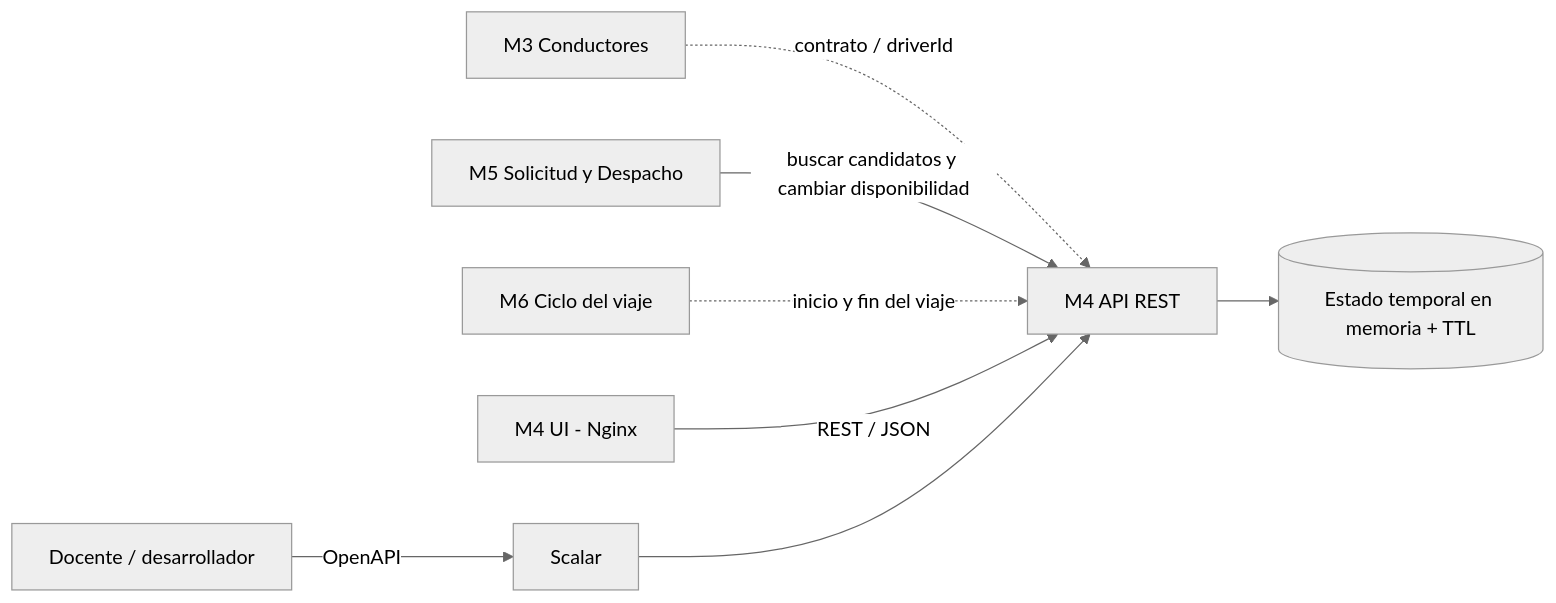
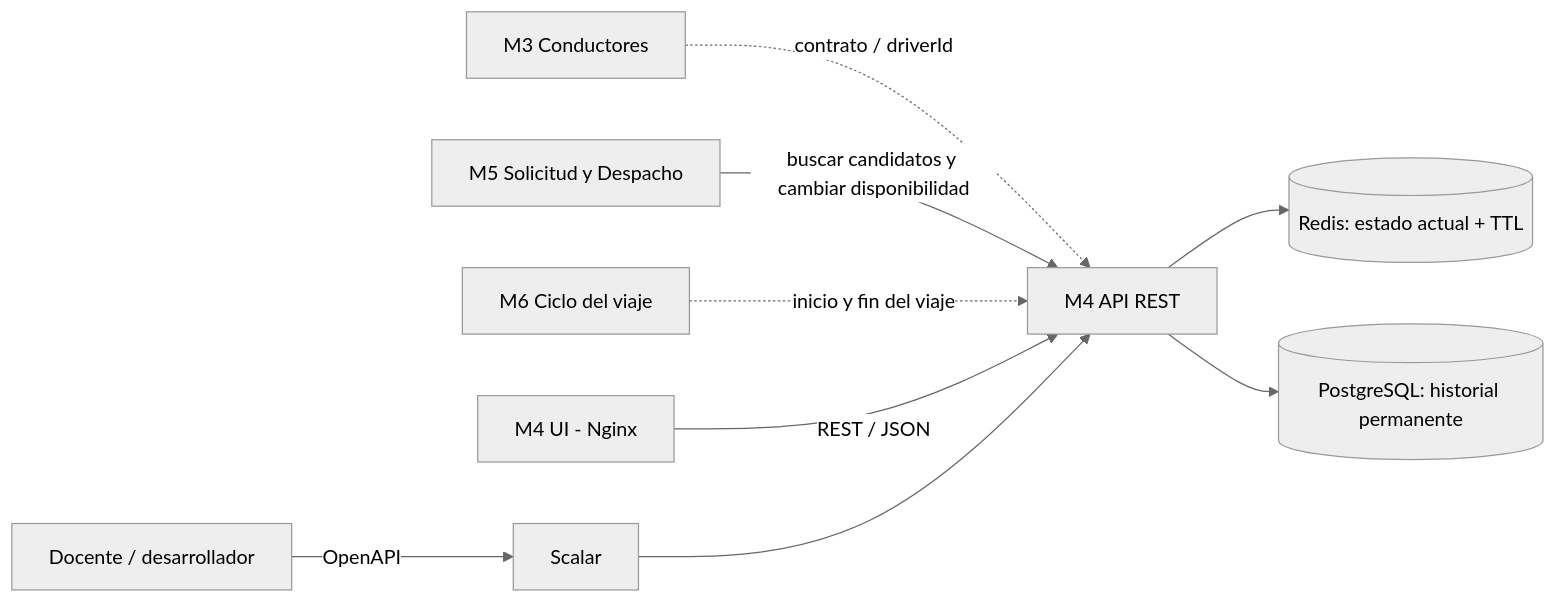
One commit to cuencadelplata/p3-ae1-2026 changed the first of 2 diagrams in modulo-4/docs/arquitectura.md. Above: the diagram before and after it, drawn with Mermaid (neutral theme). The commit also changed other lines of this file and 2 other files, not shown here.

Commit message:
Explicar uso de PostgreSQL

````diff
--- a/modulo-4/docs/arquitectura.md
+++ b/modulo-4/docs/arquitectura.md
@@ -5,10 +5,11 @@
 ```mermaid
 flowchart LR
   M3[M3 Conductores] -. contrato / driverId .-> API
   M5[M5 Solicitud y Despacho] -->|buscar candidatos y cambiar disponibilidad| API[M4 API REST]
   M6[M6 Ciclo del viaje] -. inicio y fin del viaje .-> API
   UI[M4 UI - Nginx] -->|REST / JSON| API
-  API --> MEM[(Estado temporal en memoria + TTL)]
+  API --> REDIS[(Redis: estado actual + TTL)]
+  API --> POSTGRES[(PostgreSQL: historial permanente)]
   DEV[Docente / desarrollador] -->|OpenAPI| SCALAR[Scalar]
   SCALAR --> API
 ```
````
